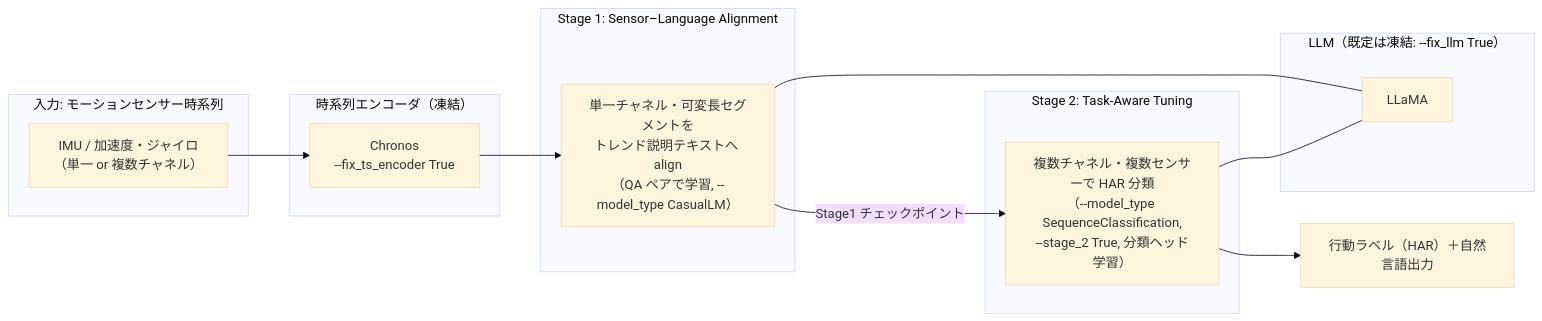
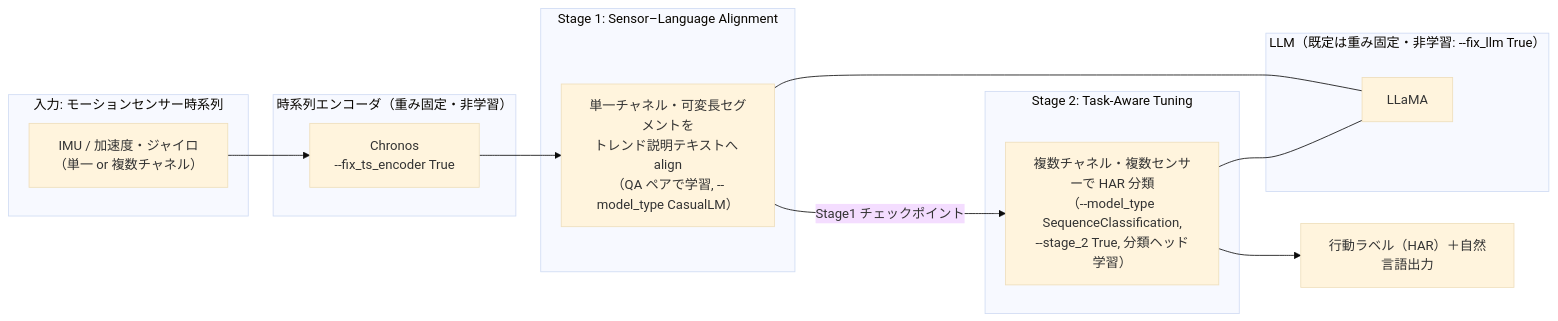
The diagram in nlp_processing/68/README.md (Yagami360/ai-product-dev-tips), drawn with Mermaid (base theme) before and after one commit. The commit also changed other lines of this file and 16 other files, not shown here.

````diff
--- a/nlp_processing/68/README.md
+++ b/nlp_processing/68/README.md
@@ -25,24 +31,24 @@
 ```mermaid
 flowchart LR
   subgraph IN["入力: モーションセンサー時系列"]
     TS["IMU / 加速度・ジャイロ<br/>（単一 or 複数チャネル）"]
   end
-  subgraph ENC["時系列エンコーダ（凍結）"]
+  subgraph ENC["時系列エンコーダ（重み固定・非学習）"]
     C["Chronos<br/>--fix_ts_encoder True"]
   end
   subgraph S1["Stage 1: Sensor–Language Alignment"]
     A["単一チャネル・可変長セグメントを<br/>トレンド説明テキストへ align<br/>（QA ペアで学習, --model_type CasualLM）"]
   end
   subgraph S2["Stage 2: Task-Aware Tuning"]
     B["複数チャネル・複数センサーで HAR 分類<br/>（--model_type SequenceClassification,<br/>--stage_2 True, 分類ヘッド学習）"]
   end
-  subgraph LLM["LLM（既定は凍結: --fix_llm True）"]
+  subgraph LLM["LLM（既定は重み固定・非学習: --fix_llm True）"]
     L["LLaMA"]
   end
   TS --> C
   C --> A
   A -->|"Stage1 チェックポイント"| B
   A --- L
   B --- L
   B --> O["行動ラベル（HAR）＋自然言語出力"]
 ```
````
